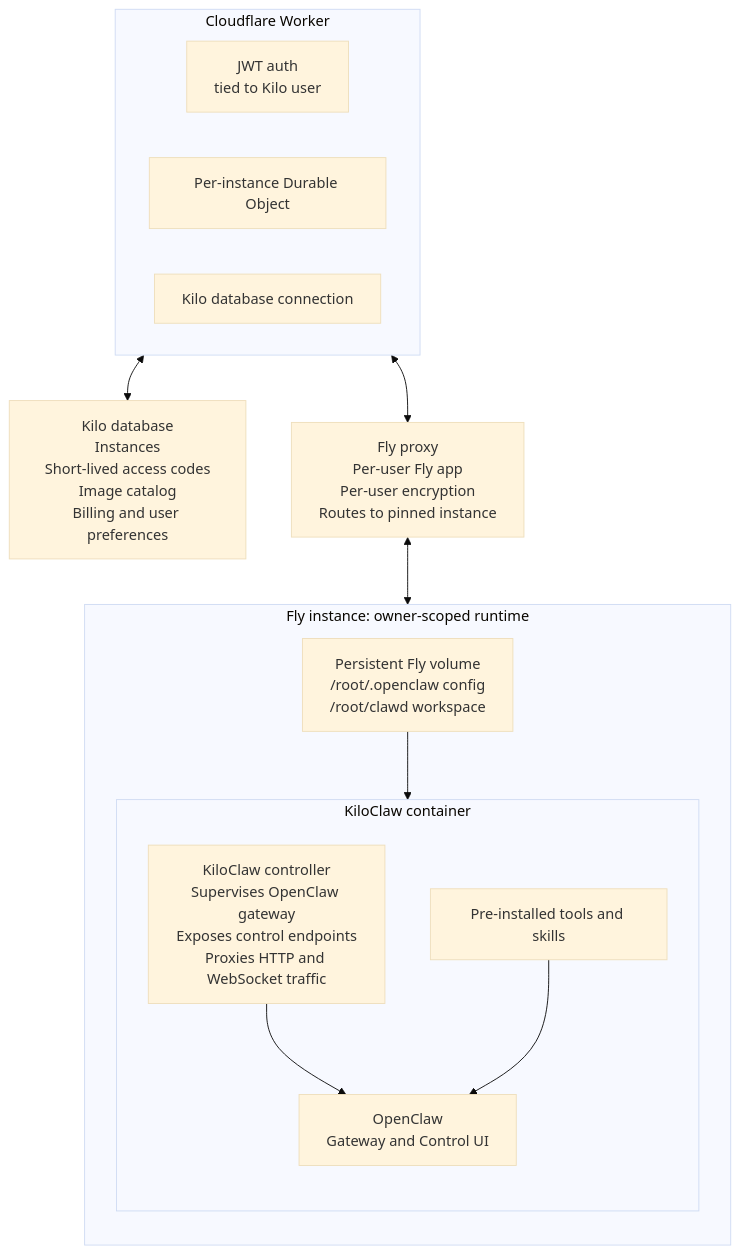
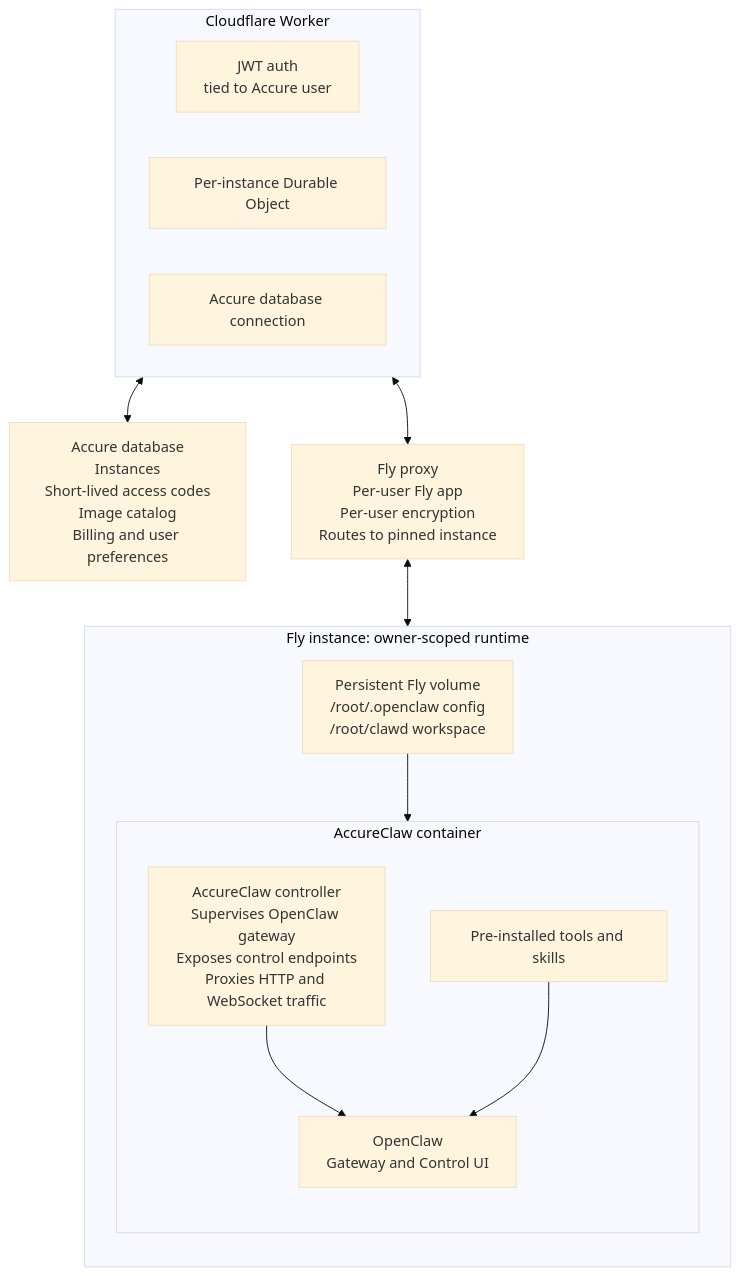
Before and after one commit to Accure-Inc/accure-code: the sixth of 7 diagrams in packages/accure-docs/pages/contributing/architecture/cloud-platform.md, drawn with Mermaid (base theme). The commit also changed other lines of this file and 2711 other files, not shown here.

Commit message:
feat: initialize core workspace architecture and component configuration

````diff
--- a/packages/accure-docs/pages/contributing/architecture/cloud-platform.md
+++ b/packages/accure-docs/pages/contributing/architecture/cloud-platform.md
@@ -300,30 +300,30 @@
 ```mermaid
 flowchart TB
   subgraph worker ["Cloudflare Worker"]
     direction LR
-    auth["JWT auth<br/>tied to Kilo user"]
+    auth["JWT auth<br/>tied to Accure user"]
     instanceDO["Per-instance Durable Object"]
-    dbConnection["Kilo database connection"]
+    dbConnection["Accure database connection"]
   end
 
-  db["Kilo database<br/>Instances<br/>Short-lived access codes<br/>Image catalog<br/>Billing and user preferences"]
+  db["Accure database<br/>Instances<br/>Short-lived access codes<br/>Image catalog<br/>Billing and user preferences"]
   proxy["Fly proxy<br/>Per-user Fly app<br/>Per-user encryption<br/>Routes to pinned instance"]
 
   subgraph flyInstance ["Fly instance: owner-scoped runtime"]
     direction TB
-    subgraph container ["KiloClaw container"]
+    subgraph container ["AccureClaw container"]
       direction TB
-      controller["KiloClaw controller<br/>Supervises OpenClaw gateway<br/>Exposes control endpoints<br/>Proxies HTTP and WebSocket traffic"]
+      controller["AccureClaw controller<br/>Supervises OpenClaw gateway<br/>Exposes control endpoints<br/>Proxies HTTP and WebSocket traffic"]
       openclaw["OpenClaw<br/>Gateway and Control UI"]
       tools["Pre-installed tools and skills"]
       controller --> openclaw
       tools --> openclaw
     end
     volume["Persistent Fly volume<br/>/root/.openclaw config<br/>/root/clawd workspace"]
     volume --> openclaw
   end
 
   dbConnection <--> db
   worker <--> proxy
   proxy <--> controller
 ```
````
